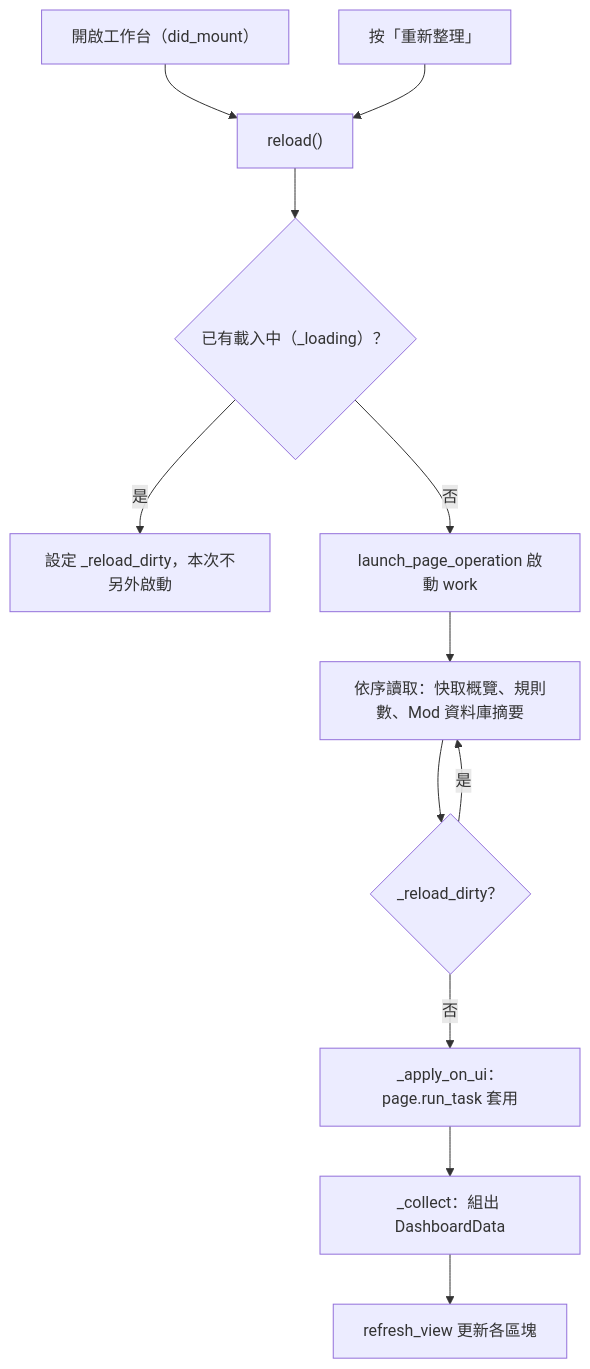
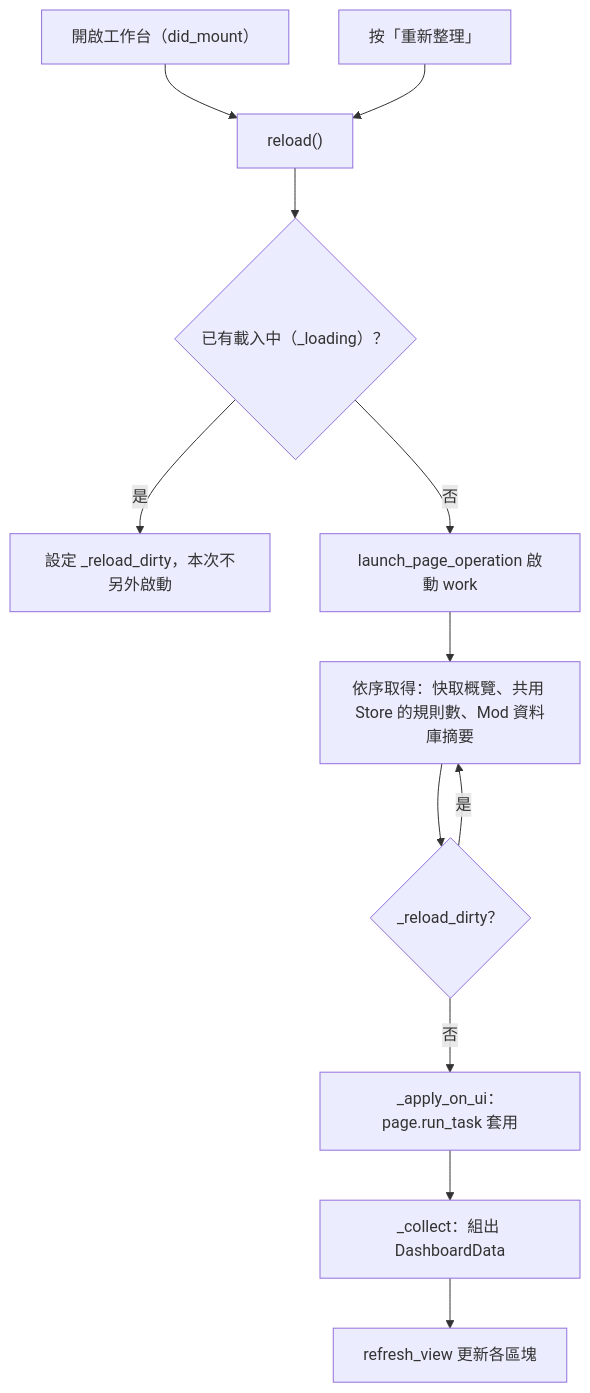
The first of 4 diagrams in docs/page_flows/dashboard.md (jlin53882/Minecraft-translate), drawn with Mermaid before and after one commit. The commit also changed other lines of this file and 88 other files, not shown here.

````diff
--- a/docs/page_flows/dashboard.md
+++ b/docs/page_flows/dashboard.md
@@ -15,14 +15,14 @@
 ```mermaid
 flowchart TD
   A["開啟工作台（did_mount）"] --> B["reload()"]
   R["按「重新整理」"] --> B
   B --> C{"已有載入中（_loading）？"}
   C -- 是 --> D["設定 _reload_dirty，本次不另外啟動"]
   C -- 否 --> E["launch_page_operation 啟動 work"]
-  E --> F["依序讀取：快取概覽、規則數、Mod 資料庫摘要"]
+  E --> F["依序取得：快取概覽、共用 Store 的規則數、Mod 資料庫摘要"]
   F --> G{"_reload_dirty？"}
   G -- 是 --> F
   G -- 否 --> H["_apply_on_ui：page.run_task 套用"]
   H --> I["_collect：組出 DashboardData"]
   I --> J["refresh_view 更新各區塊"]
 ```
````
